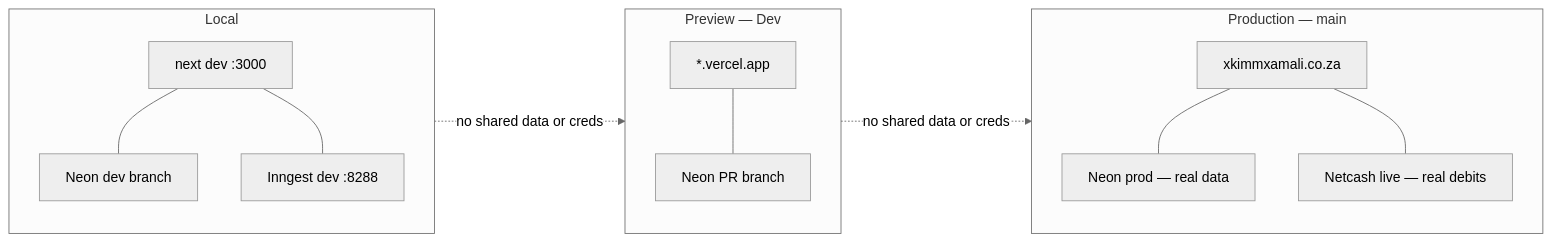
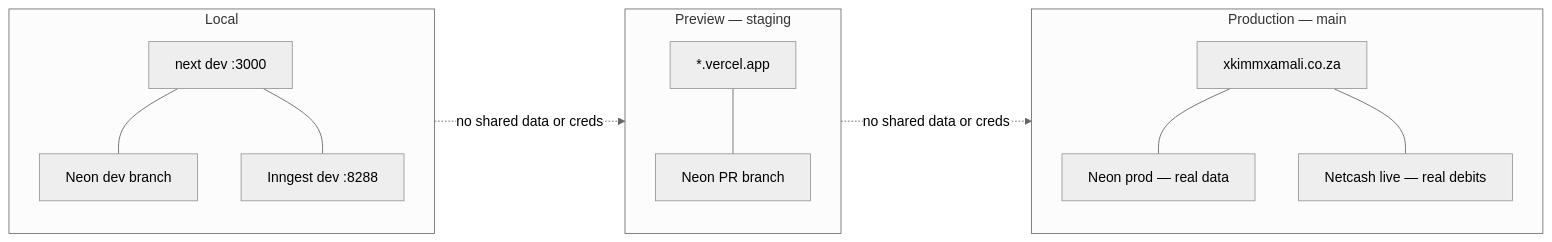
Before and after one commit to KSDRILL-SA/Xkimi-Xa-Mali: the third of 3 diagrams in docs/architecture/04-infrastructure-deployment.md, drawn with Mermaid (neutral theme). The commit also changed other lines of this file and 9 other files, not shown here.

````diff
--- a/docs/architecture/04-infrastructure-deployment.md
+++ b/docs/architecture/04-infrastructure-deployment.md
@@ -78,15 +78,15 @@
 ```mermaid
 flowchart LR
     subgraph L["Local"]
         LA["next dev :3000"] --- LDB["Neon dev branch"]
         LA --- LIN["Inngest dev :8288"]
     end
-    subgraph P["Preview — Dev"]
+    subgraph P["Preview — staging"]
         PA["*.vercel.app"] --- PDB["Neon PR branch"]
     end
     subgraph PR["Production — main"]
         PRA["xkimmxamali.co.za"] --- PRDB["Neon prod — real data"]
         PRA --- PRNC["Netcash live — real debits"]
     end
     L -.->|no shared data or creds| P -.->|no shared data or creds| PR
 ```
````
